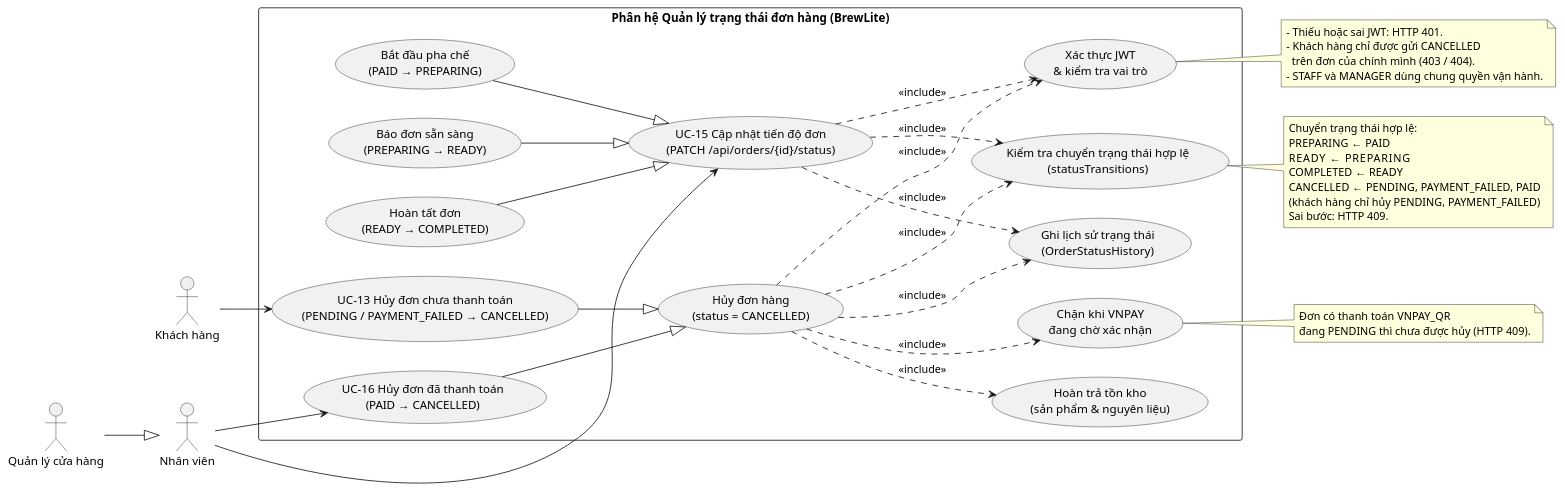
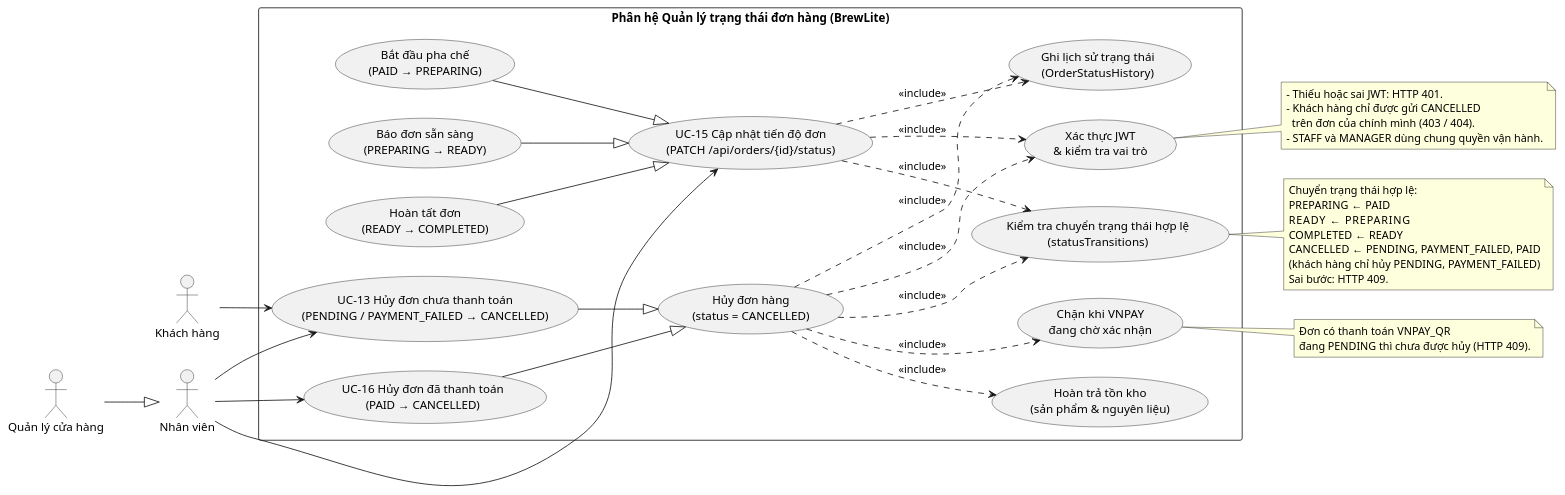
One commit to Myngoc09/assignment2_brewlite changed the diagram in docs/requirements/usecase-orderstatus.puml. Above: the diagram before and after it, drawn with PlantUML. The commit also changed 4 other files, not shown here.

```diff
--- a/docs/requirements/usecase-orderstatus.puml
+++ b/docs/requirements/usecase-orderstatus.puml
@@ -1,71 +1,72 @@
 @startuml usecase-orderstatus
 left to right direction
 skinparam packageStyle rectangle
 skinparam shadowing false
 
 actor "Nhân viên" as Staff
 actor "Quản lý cửa hàng" as Manager
 actor "Khách hàng" as Customer
 
 Manager --|> Staff
 
 rectangle "Phân hệ Quản lý trạng thái đơn hàng (BrewLite)" {
   usecase "UC-15 Cập nhật tiến độ đơn\n(PATCH /api/orders/{id}/status)" as UC_Progress
   usecase "Bắt đầu pha chế\n(PAID → PREPARING)" as UC_Prepare
   usecase "Báo đơn sẵn sàng\n(PREPARING → READY)" as UC_Ready
   usecase "Hoàn tất đơn\n(READY → COMPLETED)" as UC_Complete
 
   usecase "Hủy đơn hàng\n(status = CANCELLED)" as UC_Cancel
   usecase "UC-16 Hủy đơn đã thanh toán\n(PAID → CANCELLED)" as UC_CancelPaid
   usecase "UC-13 Hủy đơn chưa thanh toán\n(PENDING / PAYMENT_FAILED → CANCELLED)" as UC_CancelUnpaid
 
   usecase "Xác thực JWT\n& kiểm tra vai trò" as UC_Auth
   usecase "Kiểm tra chuyển trạng thái hợp lệ\n(statusTransitions)" as UC_Check
   usecase "Ghi lịch sử trạng thái\n(OrderStatusHistory)" as UC_History
   usecase "Hoàn trả tồn kho\n(sản phẩm & nguyên liệu)" as UC_Release
   usecase "Chặn khi VNPAY\nđang chờ xác nhận" as UC_Vnpay
 }
 
 Staff --> UC_Progress
 Staff --> UC_CancelPaid
+Staff --> UC_CancelUnpaid
 Customer --> UC_CancelUnpaid
 
 UC_Prepare --|> UC_Progress
 UC_Ready --|> UC_Progress
 UC_Complete --|> UC_Progress
 
 UC_CancelPaid --|> UC_Cancel
 UC_CancelUnpaid --|> UC_Cancel
 
 UC_Progress ..> UC_Auth : <<include>>
 UC_Progress ..> UC_Check : <<include>>
 UC_Progress ..> UC_History : <<include>>
 
 UC_Cancel ..> UC_Auth : <<include>>
 UC_Cancel ..> UC_Check : <<include>>
 UC_Cancel ..> UC_History : <<include>>
 UC_Cancel ..> UC_Release : <<include>>
 UC_Cancel ..> UC_Vnpay : <<include>>
 
 note right of UC_Auth
   - Thiếu hoặc sai JWT: HTTP 401.
   - Khách hàng chỉ được gửi CANCELLED
     trên đơn của chính mình (403 / 404).
   - STAFF và MANAGER dùng chung quyền vận hành.
 end note
 
 note right of UC_Check
   Chuyển trạng thái hợp lệ:
   PREPARING  ← PAID
   READY      ← PREPARING
   COMPLETED  ← READY
   CANCELLED  ← PENDING, PAYMENT_FAILED, PAID
   (khách hàng chỉ hủy PENDING, PAYMENT_FAILED)
   Sai bước: HTTP 409.
 end note
 
 note right of UC_Vnpay
   Đơn có thanh toán VNPAY_QR
   đang PENDING thì chưa được hủy (HTTP 409).
 end note
 @enduml
```
